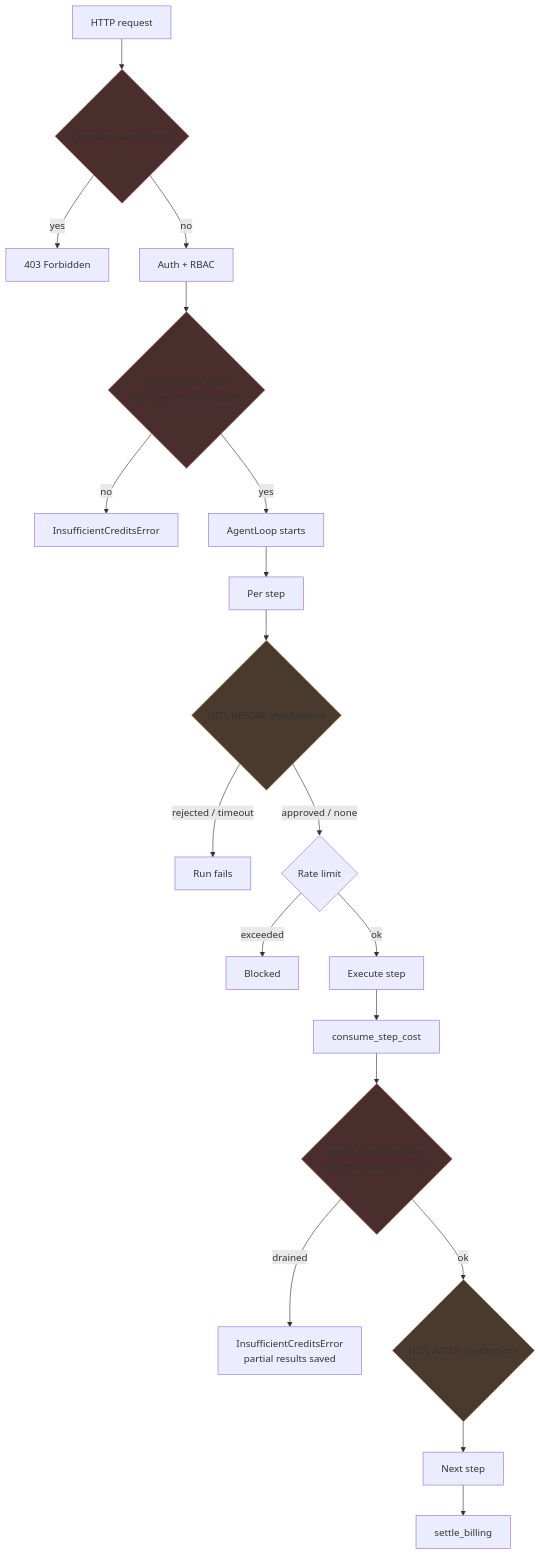
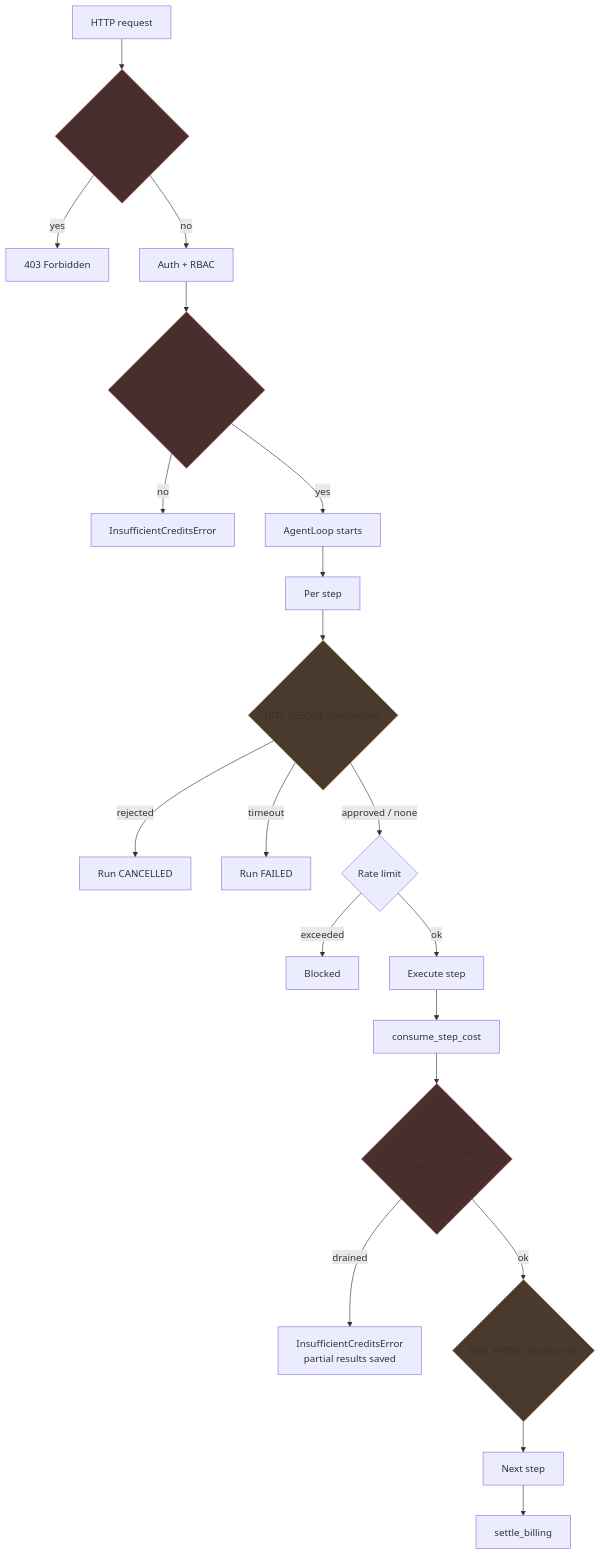
One commit to gondolerahul/hire-buddha-app changed the first of 15 diagrams in docs/current/15-governance-and-hitl.md. Above: the diagram before and after it, drawn with Mermaid. The commit also changed other lines of this file and 13 other files, not shown here.

````diff
--- a/docs/current/15-governance-and-hitl.md
+++ b/docs/current/15-governance-and-hitl.md
@@ -45,29 +45,30 @@
 ```mermaid
 flowchart TD
     REQ["HTTP request"] --> SUSP{"Company suspended?"}
     SUSP -->|yes| B403["403 Forbidden"]
     SUSP -->|no| AUTH["Auth + RBAC"]
     AUTH --> CG{"check_credit_gate<br/>can they afford to start?"}
     CG -->|no| BINS["InsufficientCreditsError"]
     CG -->|yes| LOOP["AgentLoop starts"]
 
     LOOP --> STEP["Per step"]
     STEP --> HB{"HITL BEFORE checkpoints"}
-    HB -->|rejected / timeout| BSTOP["Run fails"]
+    HB -->|rejected| BCAN["Run CANCELLED"]
+    HB -->|timeout| BSTOP["Run FAILED"]
     HB -->|approved / none| RL{"Rate limit"}
     RL -->|exceeded| BRL["Blocked"]
     RL -->|ok| EXEC["Execute step"]
     EXEC --> COST["consume_step_cost"]
     COST --> CB{"credit circuit breaker<br/>effective balance <= 0?"}
     CB -->|drained| BCB["InsufficientCreditsError<br/>partial results saved"]
     CB -->|ok| HA{"HITL AFTER checkpoints"}
     HA --> NEXT["Next step"]
 
     NEXT --> DONE["settle_billing"]
 
     style SUSP fill:#4a2d2d,stroke:#a55
     style CG fill:#4a2d2d,stroke:#a55
     style CB fill:#4a2d2d,stroke:#a55
     style HB fill:#4a3a2d,stroke:#a85
     style HA fill:#4a3a2d,stroke:#a85
 ```
````
